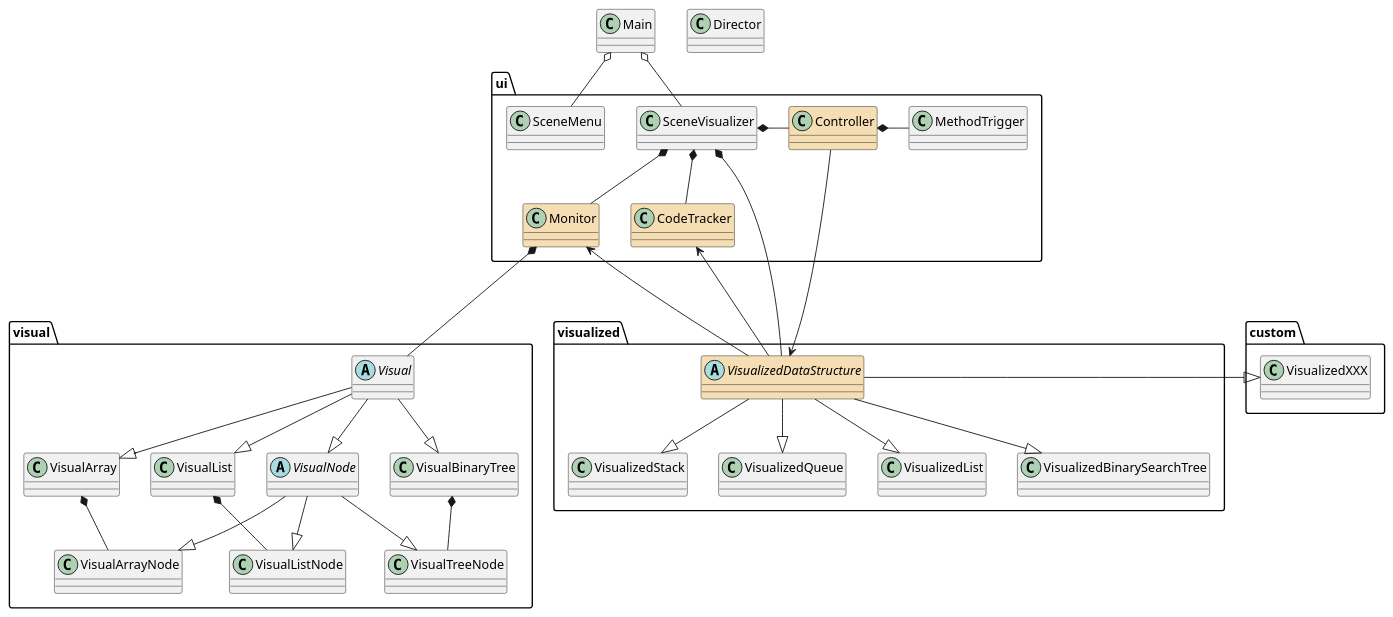
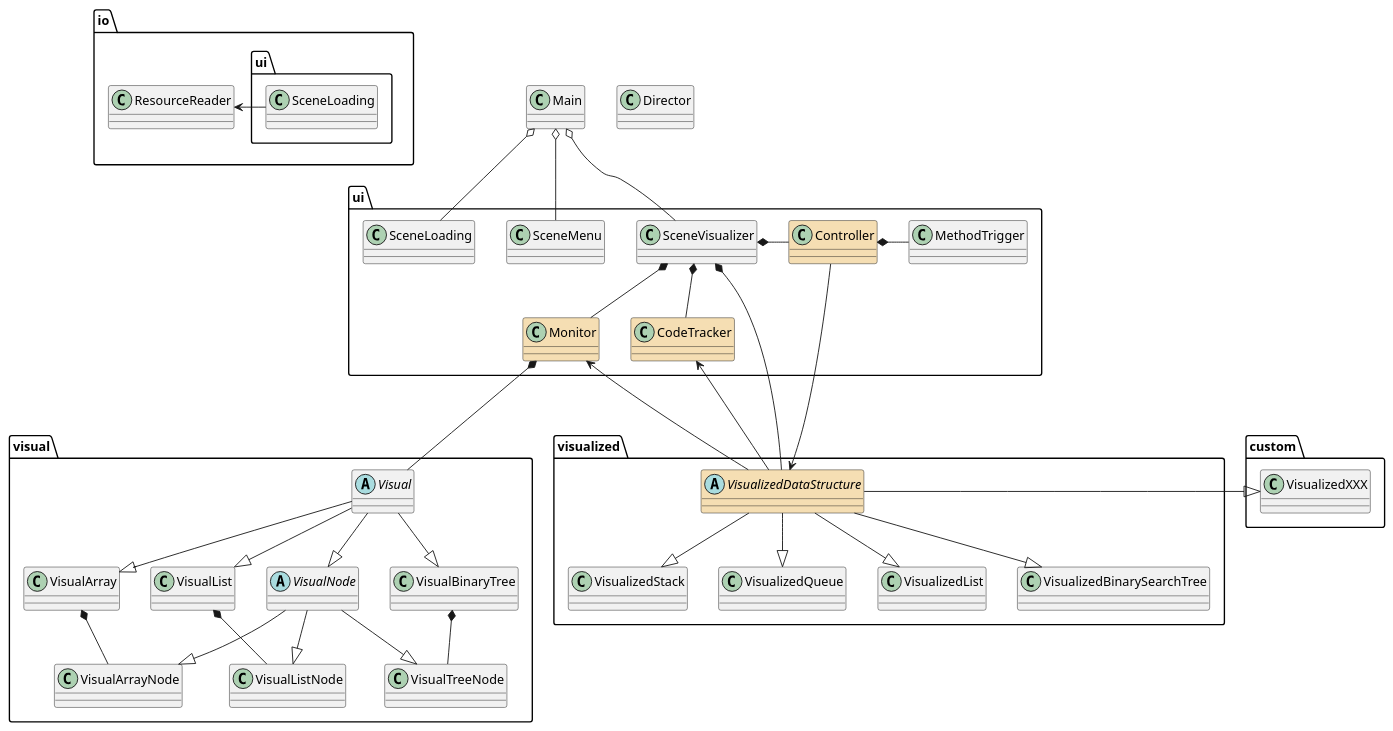
The diagram in design/class-diagram-simplified.puml (JM233333/data-structure-visualizer), drawn with PlantUML before and after one commit. The commit also changed 7 other files, not shown here.

```diff
--- a/design/class-diagram-simplified.puml
+++ b/design/class-diagram-simplified.puml
@@ -1,78 +1,90 @@
 @startuml demo
 
 set namespaceSeparator ::
 
+namespace io {
+    class ResourceReader
+
+    ui::SceneLoading -left-> ResourceReader
+}
+
 namespace ui {
+
+    class SceneLoading
 
     class SceneMenu
 
     class SceneVisualizer
     
     class Monitor #wheat
 
     class CodeTracker #wheat
 
     class Controller #wheat
     class MethodTrigger
+
+    SceneLoading -right[hidden]-> SceneMenu
+    SceneMenu -right[hidden]-> SceneVisualizer
 
     SceneVisualizer *- Controller
     SceneVisualizer *-- Monitor
     SceneVisualizer *-- CodeTracker
     Controller *- MethodTrigger
 
 }
 
 namespace visualized {
 
     abstract class VisualizedDataStructure #wheat
 
     VisualizedDataStructure --|> VisualizedStack
     VisualizedDataStructure --|> VisualizedQueue
     VisualizedDataStructure --|> VisualizedList
     VisualizedDataStructure --|> VisualizedBinarySearchTree
 }
 
 namespace visual {
 
     abstract class Visual
 
     abstract class VisualNode
 
     class VisualArray
 
     Visual --|> VisualNode
     Visual --|> VisualArray
     Visual --|> VisualList
     Visual --|> VisualBinaryTree
 
     VisualNode --|> VisualArrayNode
     VisualNode --|> VisualListNode
     VisualNode --|> VisualTreeNode
 
     VisualArray *-- VisualArrayNode
     VisualList *-- VisualListNode
     VisualBinaryTree *-- VisualTreeNode
 }
 
 namespace custom {
 }
 
 class Main
 
 class Director
 
+Main o-- ui::SceneLoading
 Main o-- ui::SceneMenu
 Main o-- ui::SceneVisualizer
 
 ui::SceneVisualizer *-- visualized::VisualizedDataStructure
 ui::Controller -down-> visualized::VisualizedDataStructure
 visualized::VisualizedDataStructure -up-> ui::Monitor
 visualized::VisualizedDataStructure -up-> ui::CodeTracker
 
 ui::Monitor *--- visual::Visual
 
 visualized::VisualizedDataStructure -left[hidden]-> visual::Visual
 
 visualized::VisualizedDataStructure -right-|> custom::VisualizedXXX
 
 @enduml
```
